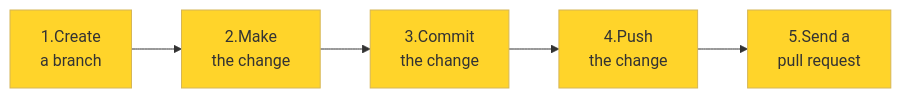
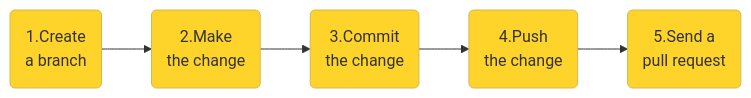
The second of 3 diagrams in gh_contributing.md (ORMIRcommunity/coding_guidelines), drawn with Mermaid before and after one commit. The commit also changed other lines of this file and 5 other files, not shown here.

````diff
--- a/gh_contributing.md
+++ b/gh_contributing.md
@@ -156,19 +157,19 @@
 ```mermaid
 flowchart LR
 
-    branch[1.Create<br>a branch]
-    changes[2.Make<br>the change]
-    commit[3.Commit<br>the change]
-    push[4.Push<br>the change]
-    pr[5.Send a<br>pull request]
+    branch(1.Create<br>a branch)
+    changes(2.Make<br>the change)
+    commit(3.Commit<br>the change)
+    push(4.Push<br>the change)
+    pr(5.Send a<br>pull request)
 
     branch --> changes
     changes --> commit
     commit --> push
     push --> pr
    
     classDef yellow fill:#ffd42aff,stroke:#d6b656,stroke-width:2px // yellow    
       class branch,changes,commit,push,pr yellow
     classDef gray fill:#F8F8F8,stroke:#EEEEEE,stroke-width:2px
       class you gray
 ```
````
